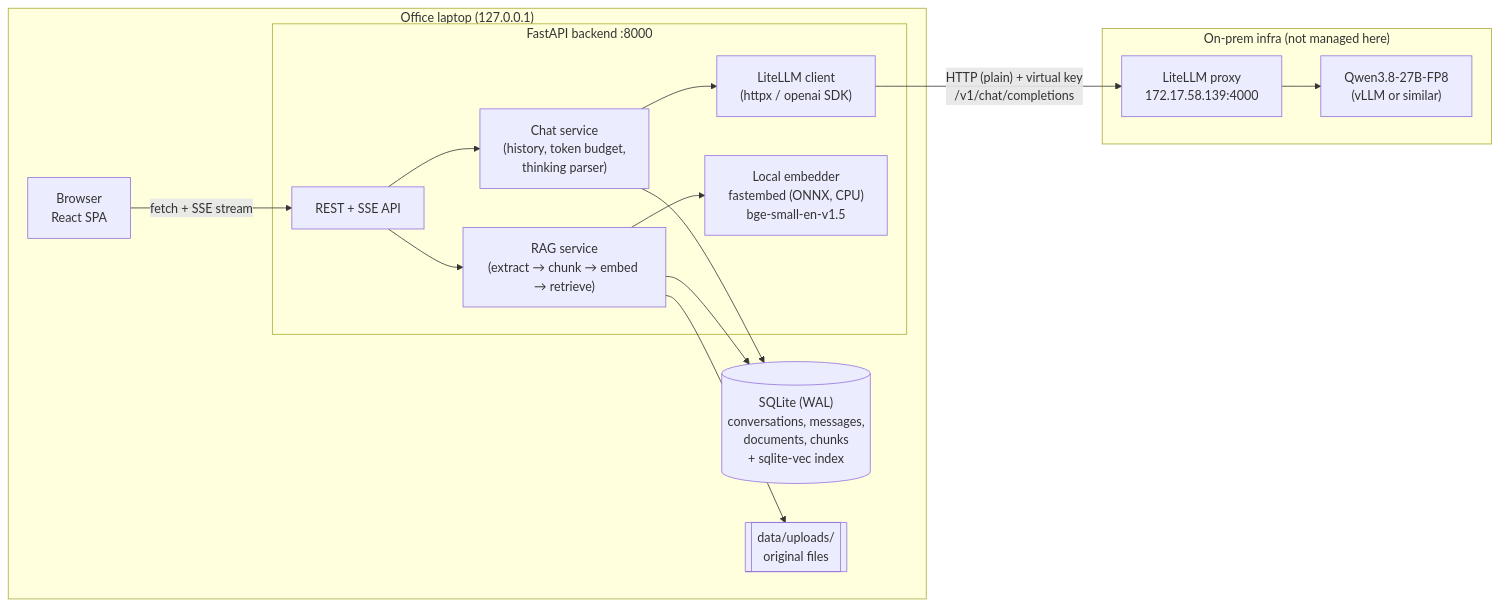
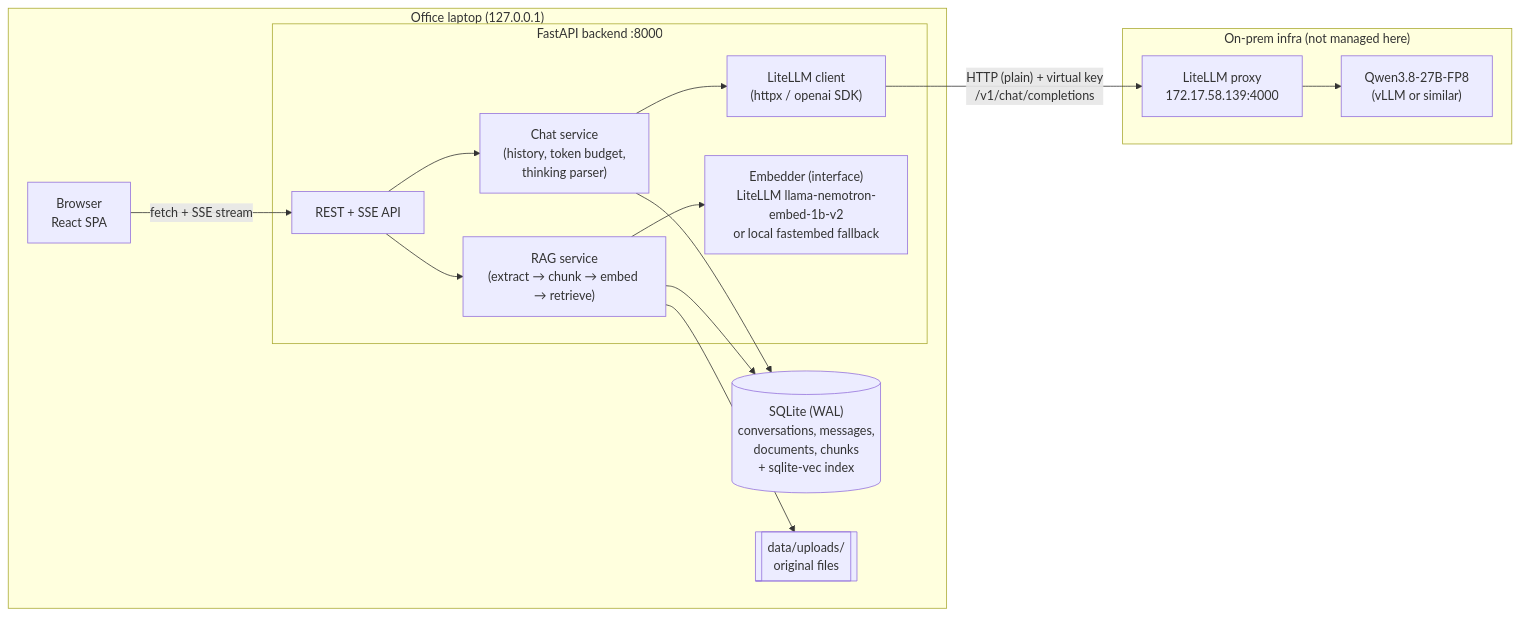
One commit to Electable5171/litellm-local-chatbot changed the first of 3 diagrams in docs/ARCHITECTURE.md. Above: the diagram before and after it, drawn with Mermaid. The commit also changed other lines of this file and 2 other files, not shown here.

First line of the commit message:
scripts+docs: read HTTP error bodies, add embeddings test and -LiteLLMOnly; record third report

````diff
--- a/docs/ARCHITECTURE.md
+++ b/docs/ARCHITECTURE.md
@@ -23,28 +23,28 @@
 ```mermaid
 flowchart LR
     subgraph Laptop["Office laptop (127.0.0.1)"]
         B["Browser<br/>React SPA"]
         subgraph API["FastAPI backend :8000"]
             R["REST + SSE API"]
             CS["Chat service<br/>(history, token budget,<br/>thinking parser)"]
             RAG["RAG service<br/>(extract → chunk → embed → retrieve)"]
             LC["LiteLLM client<br/>(httpx / openai SDK)"]
-            EMB["Local embedder<br/>fastembed (ONNX, CPU)<br/>bge-small-en-v1.5"]
+            EMB["Embedder (interface)<br/>LiteLLM llama-nemotron-embed-1b-v2<br/>or local fastembed fallback"]
         end
         DB[("SQLite (WAL)<br/>conversations, messages,<br/>documents, chunks<br/>+ sqlite-vec index")]
         FS[["data/uploads/<br/>original files"]]
     end
     subgraph Upstream["On-prem infra (not managed here)"]
         LL["LiteLLM proxy<br/>172.17.58.139:4000"]
         M["Qwen3.8-27B-FP8<br/>(vLLM or similar)"]
     end
 
     B -- "fetch + SSE stream" --> R
     R --> CS --> LC
     R --> RAG --> EMB
     CS --> DB
     RAG --> DB
     RAG --> FS
     LC -- "HTTP (plain) + virtual key<br/>/v1/chat/completions" --> LL
     LL --> M
 ```
````
